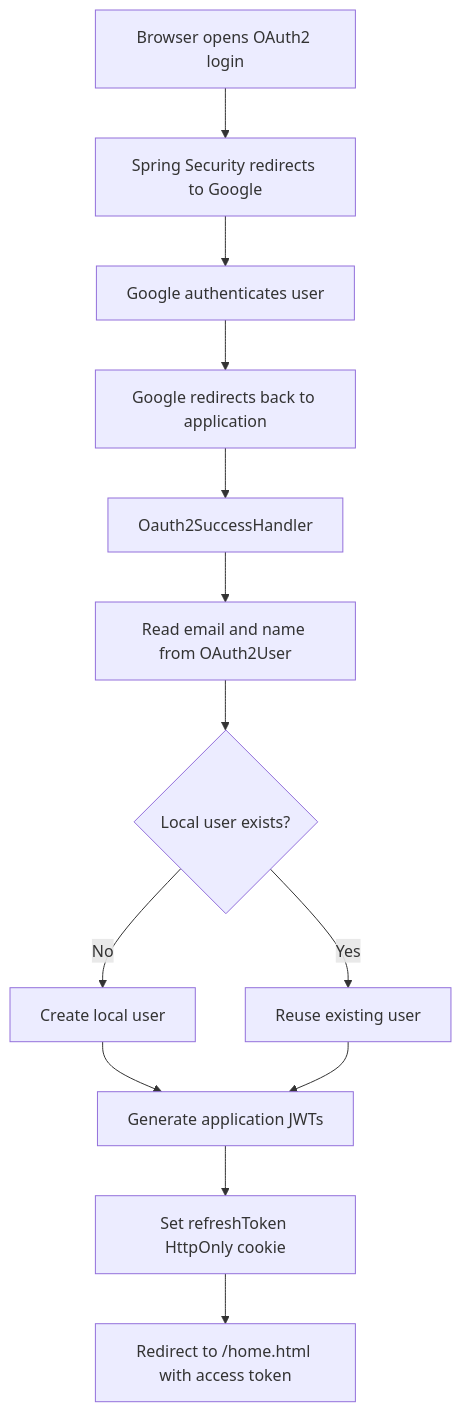
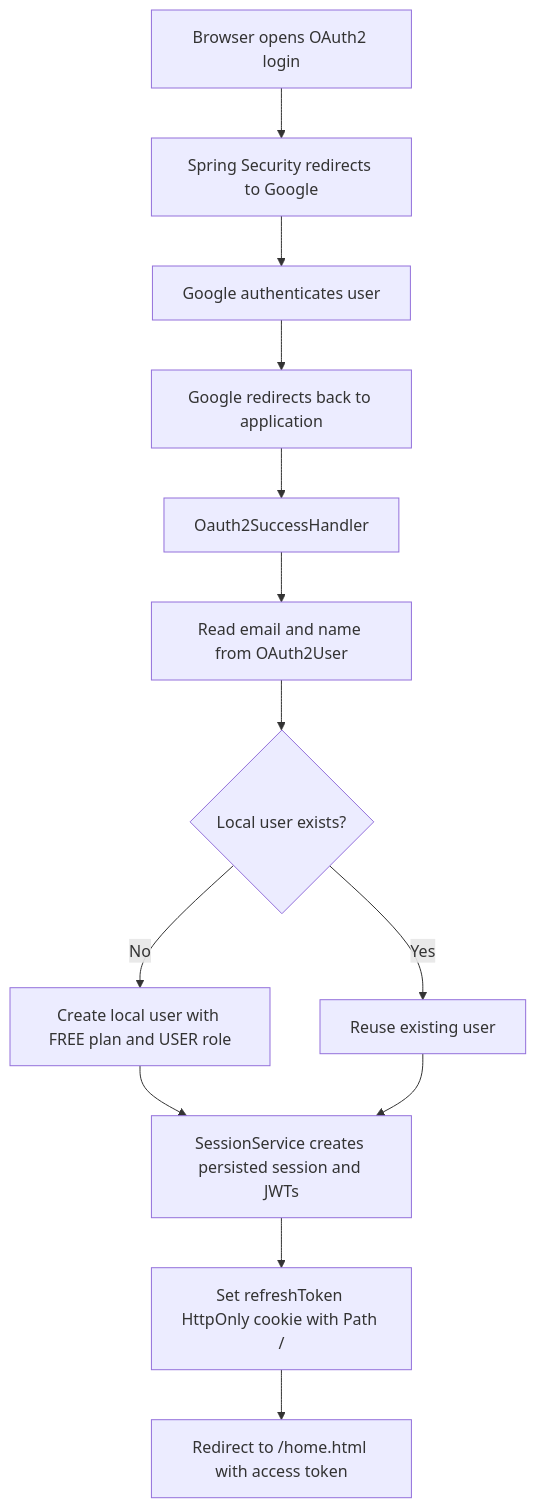
One commit to shubhgaur37/SpringBoot changed the third of 11 diagrams in M5_Spring_Security_Demo/README.md. Above: the diagram before and after it, drawn with Mermaid. The commit also changed other lines of this file, not shown here.

Commit message:
Updated Readme with Session Based Oauth Flow

````diff
--- a/M5_Spring_Security_Demo/README.md
+++ b/M5_Spring_Security_Demo/README.md
@@ -290,15 +293,15 @@
 ```mermaid
 flowchart TD
     A[Browser opens OAuth2 login] --> B[Spring Security redirects to Google]
     B --> C[Google authenticates user]
     C --> D[Google redirects back to application]
     D --> E[Oauth2SuccessHandler]
     E --> F[Read email and name from OAuth2User]
     F --> G{Local user exists?}
-    G -- No --> H[Create local user]
+    G -- No --> H[Create local user with FREE plan and USER role]
     G -- Yes --> I[Reuse existing user]
-    H --> J[Generate application JWTs]
+    H --> J[SessionService creates persisted session and JWTs]
     I --> J
-    J --> K[Set refreshToken HttpOnly cookie]
+    J --> K[Set refreshToken HttpOnly cookie with Path /]
     K --> L[Redirect to /home.html with access token]
 ```
````
